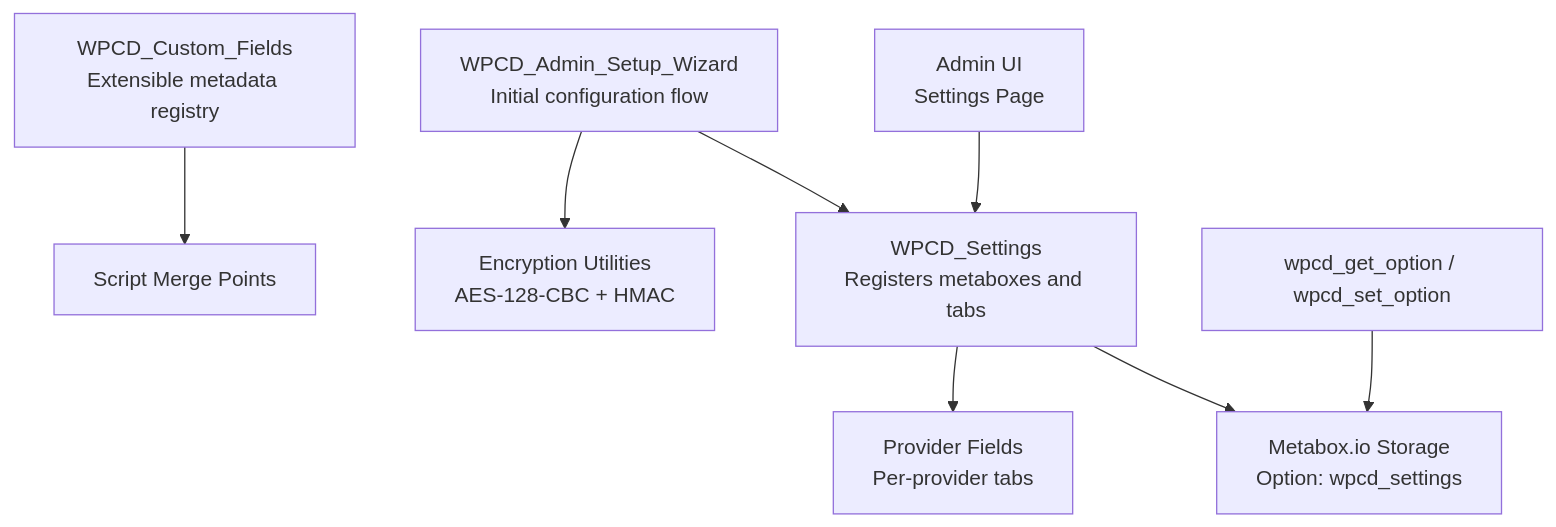
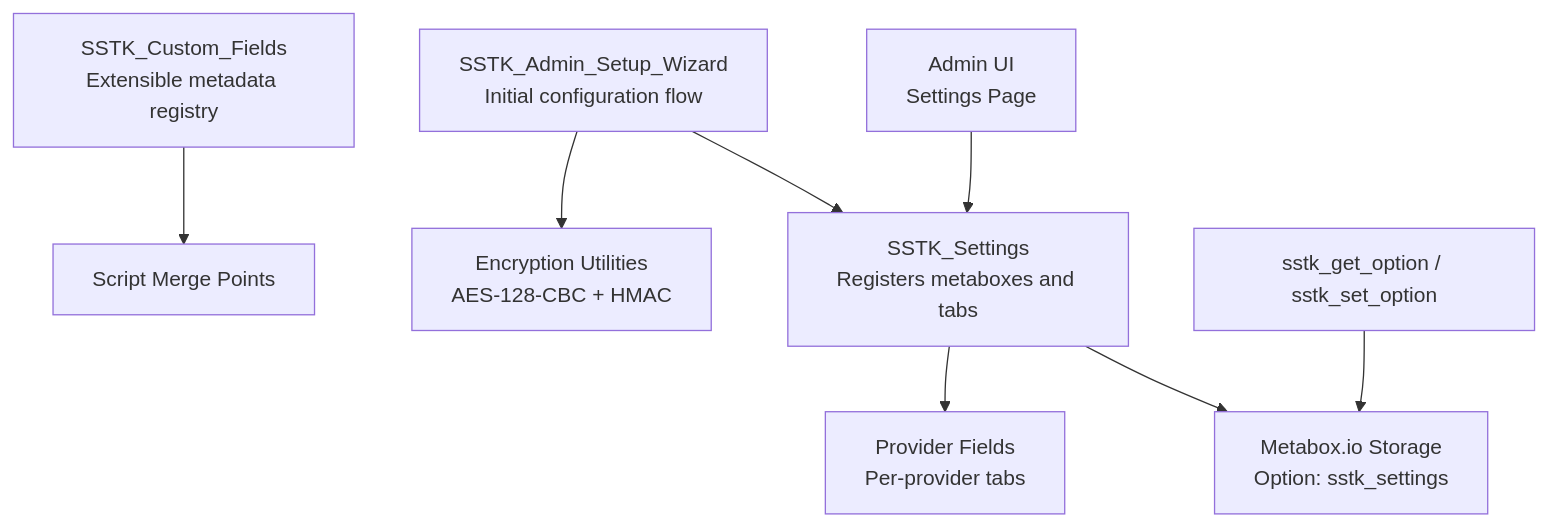
Before and after one commit to onedogsolutions/simple-stack: the first of 8 diagrams in .qoder/repowiki/en/content/Core Components/Settings Management System.md, drawn with Mermaid. The commit also changed other lines of this file and 5941 other files, not shown here.

````diff
--- a/.qoder/repowiki/en/content/Core Components/Settings Management System.md
+++ b/.qoder/repowiki/en/content/Core Components/Settings Management System.md
@@ -37,10 +37,10 @@
 ```mermaid
 graph TB
-AdminUI["Admin UI<br/>Settings Page"] --> SettingsClass["WPCD_Settings<br/>Registers metaboxes and tabs"]
-SettingsClass --> MetaboxIO["Metabox.io Storage<br/>Option: wpcd_settings"]
+AdminUI["Admin UI<br/>Settings Page"] --> SettingsClass["SSTK_Settings<br/>Registers metaboxes and tabs"]
+SettingsClass --> MetaboxIO["Metabox.io Storage<br/>Option: sstk_settings"]
 SettingsClass --> ProviderFields["Provider Fields<br/>Per-provider tabs"]
-SetupWizard["WPCD_Admin_Setup_Wizard<br/>Initial configuration flow"] --> SettingsClass
+SetupWizard["SSTK_Admin_Setup_Wizard<br/>Initial configuration flow"] --> SettingsClass
 SetupWizard --> Encryption["Encryption Utilities<br/>AES-128-CBC + HMAC"]
-CustomFields["WPCD_Custom_Fields<br/>Extensible metadata registry"] --> Scripts["Script Merge Points"]
-FunctionsAPI["wpcd_get_option / wpcd_set_option"] --> MetaboxIO
+CustomFields["SSTK_Custom_Fields<br/>Extensible metadata registry"] --> Scripts["Script Merge Points"]
+FunctionsAPI["sstk_get_option / sstk_set_option"] --> MetaboxIO
 ```
````
